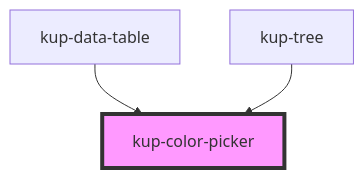
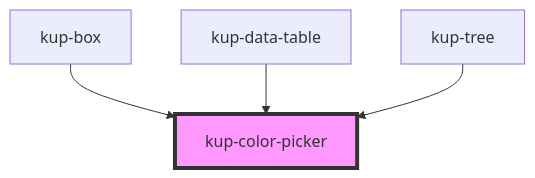
Before and after one commit to smeup/ketchup: the diagram in packages/ketchup/src/components/kup-color-picker/readme.md, drawn with Mermaid. The commit also changed other lines of this file and 18 other files, not shown here.

````diff
--- a/packages/ketchup/src/components/kup-color-picker/readme.md
+++ b/packages/ketchup/src/components/kup-color-picker/readme.md
@@ -97,6 +98,7 @@
 ```mermaid
 graph TD;
+  kup-box --> kup-color-picker
   kup-data-table --> kup-color-picker
   kup-tree --> kup-color-picker
   style kup-color-picker fill:#f9f,stroke:#333,stroke-width:4px
 ```
````
